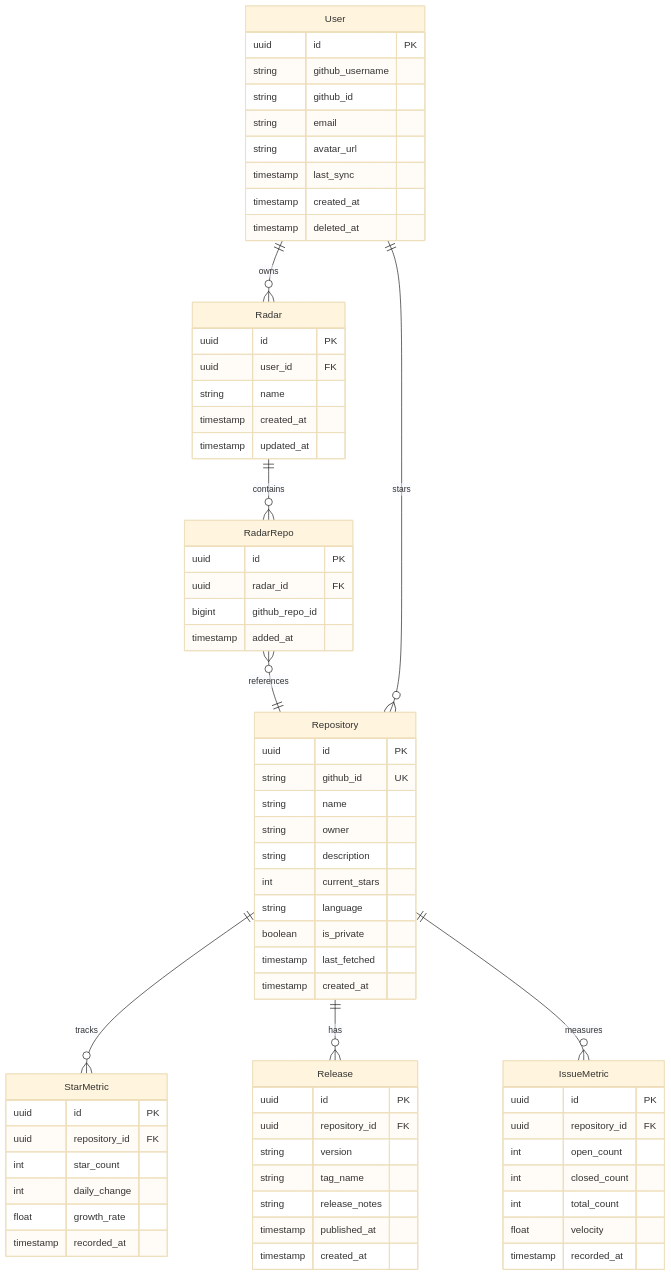
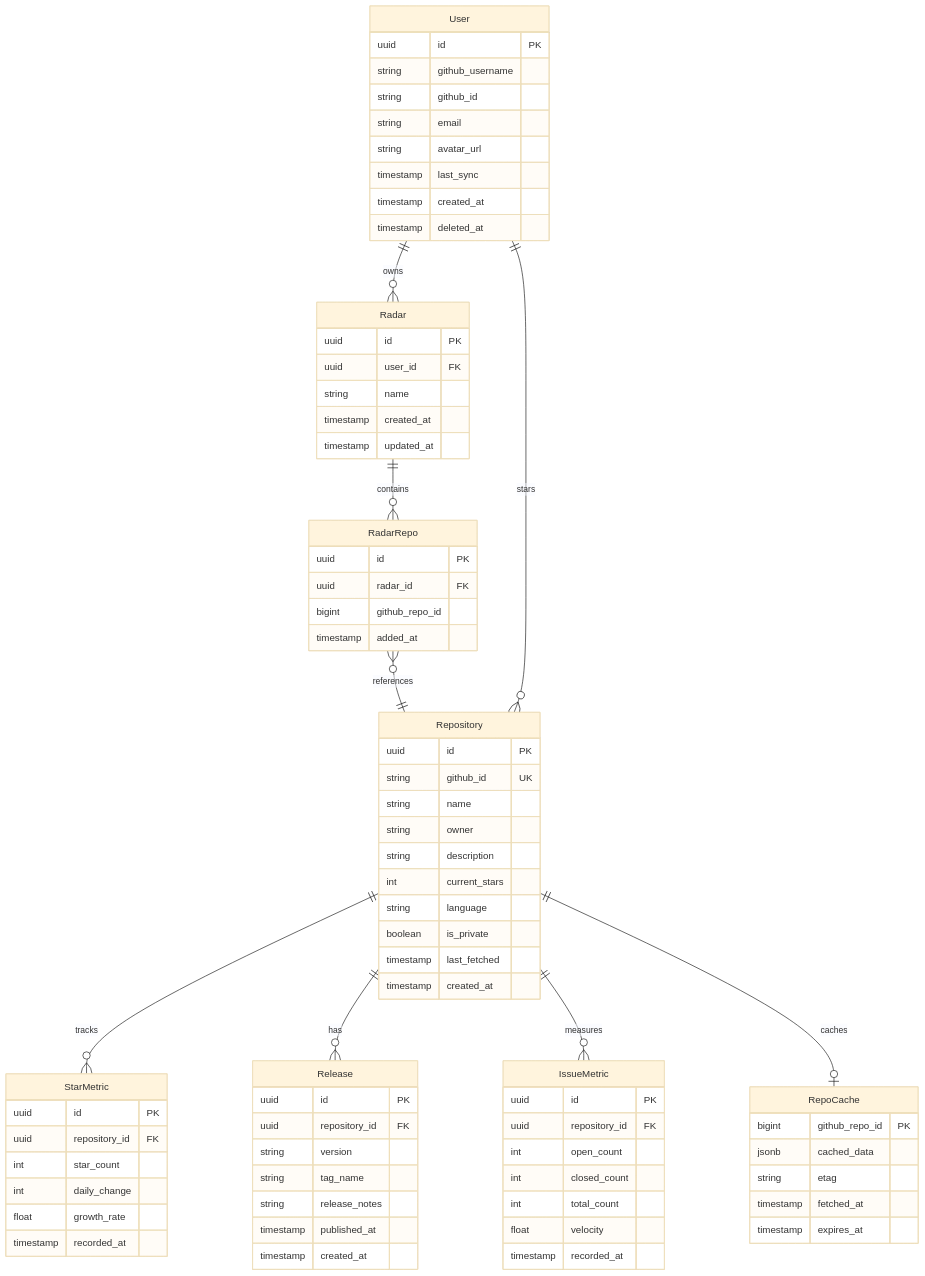
One commit to cen10/repo-radar changed the diagram in specs/001-develop-a-personalized/data-model.md. Above: the diagram before and after it, drawn with Mermaid (base theme). The commit also changed other lines of this file and 5 other files, not shown here.

````diff
--- a/specs/001-develop-a-personalized/data-model.md
+++ b/specs/001-develop-a-personalized/data-model.md
@@ -18,6 +18,7 @@
     Repository ||--o{ StarMetric : tracks
     Repository ||--o{ Release : has
     Repository ||--o{ IssueMetric : measures
+    Repository ||--o| RepoCache : caches
 
     User {
         uuid id PK
@@ -86,4 +87,12 @@
         float velocity
         timestamp recorded_at
     }
+
+    RepoCache {
+        bigint github_repo_id PK
+        jsonb cached_data
+        string etag
+        timestamp fetched_at
+        timestamp expires_at
+    }
 ```
````
